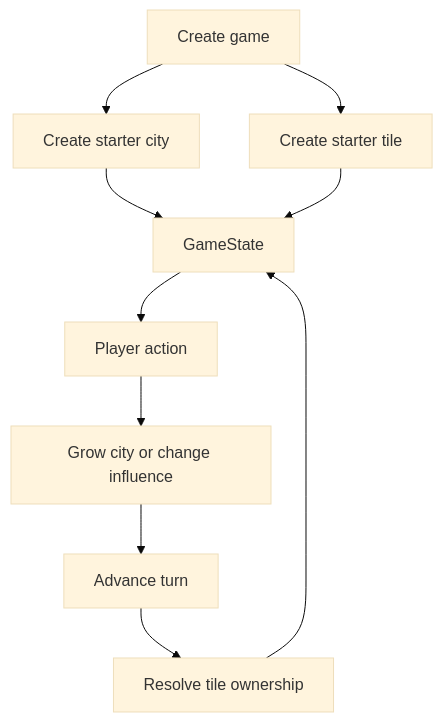
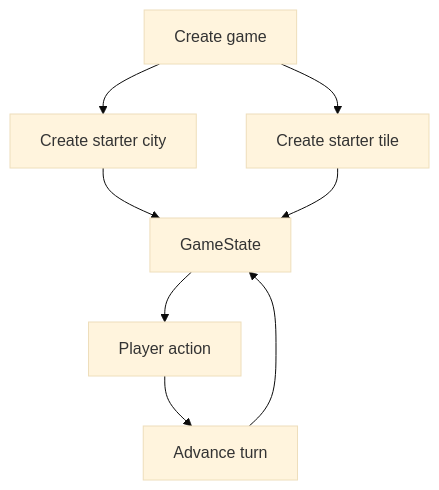
Before and after one commit to gram12321/tileideas: the first of 5 diagrams in docs/variablesoverview.md, drawn with Mermaid (base theme). The commit also changed other lines of this file and 9 other files, not shown here.

````diff
--- a/docs/variablesoverview.md
+++ b/docs/variablesoverview.md
@@ -20,12 +20,10 @@
 ```mermaid
 flowchart TD
   A[Create game] --> B[Create starter city]
   A --> C[Create starter tile]
   B --> D[GameState]
   C --> D
   D --> E[Player action]
-  E --> F[Grow city or change influence]
-  F --> G[Advance turn]
-  G --> H[Resolve tile ownership]
-  H --> D
+  E --> F[Advance turn]
+  F --> D
 ```
````
